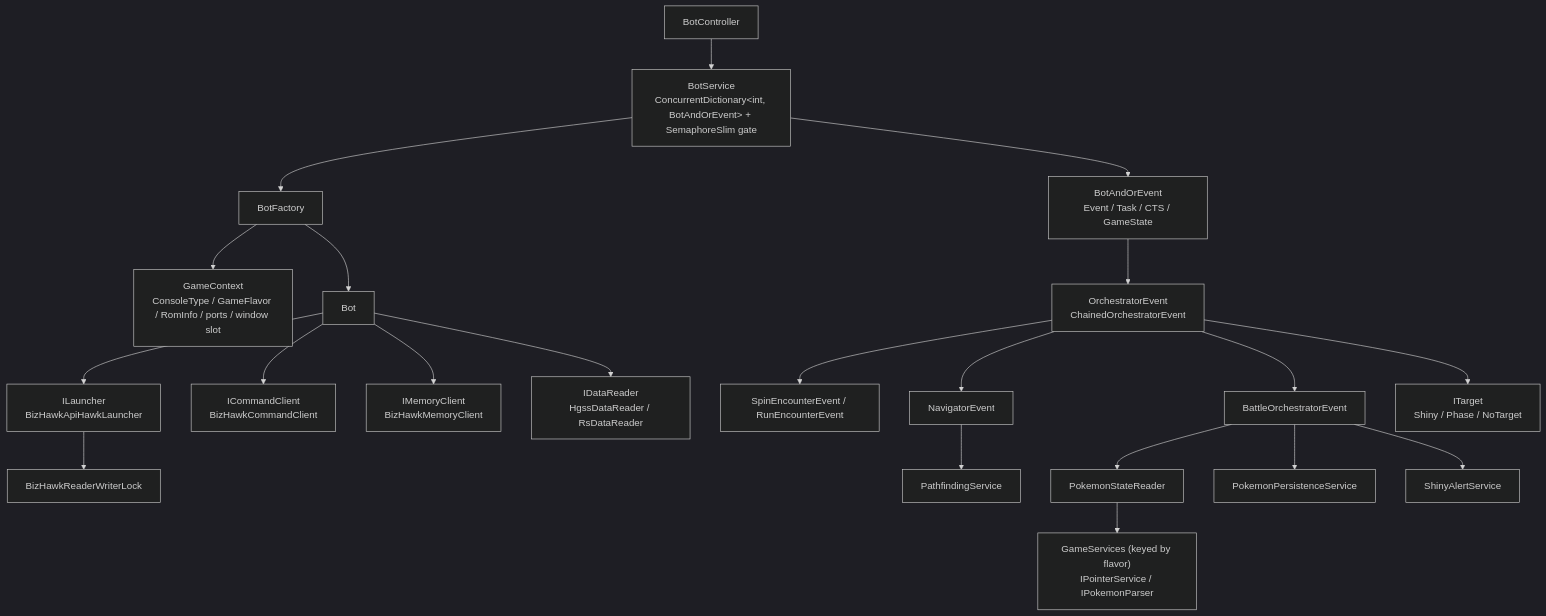
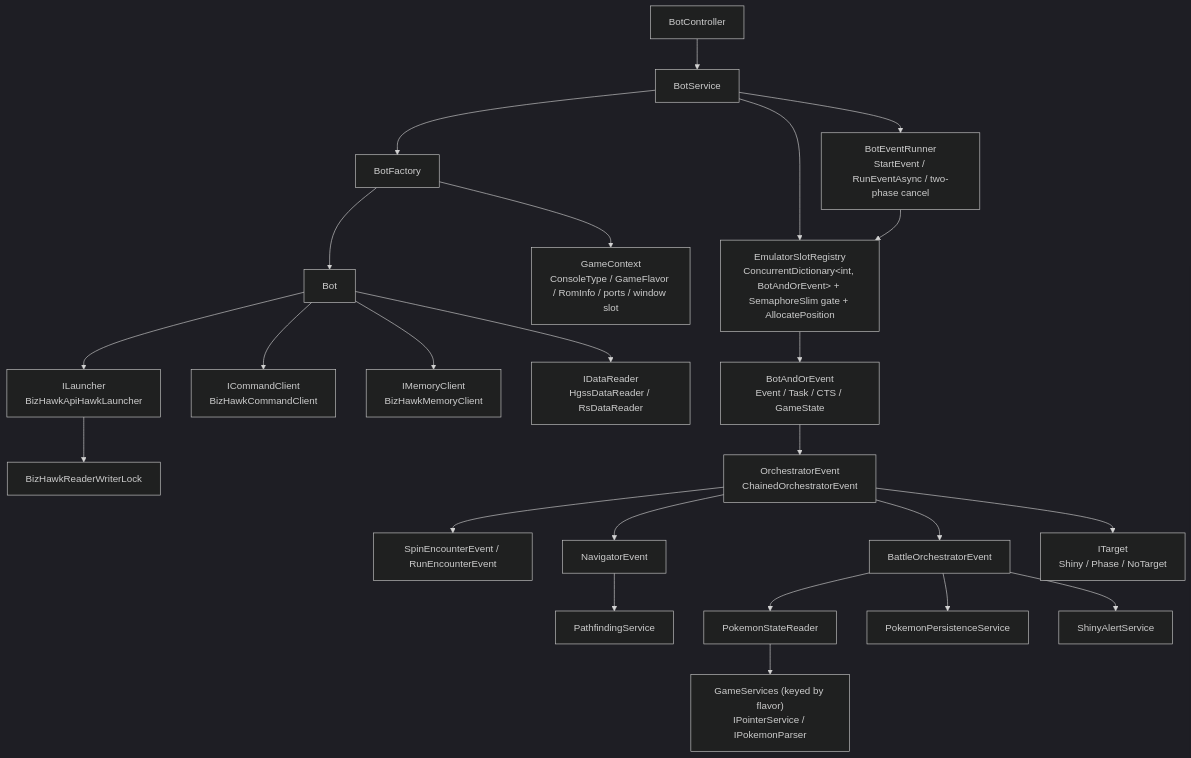
One commit to ppicinic/ShinyBotHunter changed the second of 2 diagrams in docs/architecture/system-overview.md. Above: the diagram before and after it, drawn with Mermaid (dark theme). The commit also changed other lines of this file, not shown here.

Commit message:
Step 4: Docs, section 7 of system-overview for the BotService split (#71)

````diff
--- a/docs/architecture/system-overview.md
+++ b/docs/architecture/system-overview.md
@@ -116,21 +116,24 @@
 ```mermaid
 flowchart TD
-  BC[BotController] --> BS["BotService<br/>ConcurrentDictionary&lt;int, BotAndOrEvent&gt; + SemaphoreSlim gate"]
+  BC[BotController] --> BS[BotService]
+  BS --> REG["EmulatorSlotRegistry<br/>ConcurrentDictionary&lt;int, BotAndOrEvent&gt; + SemaphoreSlim gate + AllocatePosition"]
+  BS --> RUN["BotEventRunner<br/>StartEvent / RunEventAsync / two-phase cancel"]
+  RUN --> REG
   BS --> BF[BotFactory]
   BF --> GC["GameContext<br/>ConsoleType / GameFlavor / RomInfo / ports / window slot"]
   BF --> Bot
   Bot --> L["ILauncher<br/>BizHawkApiHawkLauncher"]
   Bot --> CC["ICommandClient<br/>BizHawkCommandClient"]
   Bot --> MC["IMemoryClient<br/>BizHawkMemoryClient"]
   Bot --> DR["IDataReader<br/>HgssDataReader / RsDataReader"]
   L --> RWL[BizHawkReaderWriterLock]
-  BS --> BAE["BotAndOrEvent<br/>Event / Task / CTS / GameState"]
+  REG --> BAE["BotAndOrEvent<br/>Event / Task / CTS / GameState"]
   BAE --> OE["OrchestratorEvent<br/>ChainedOrchestratorEvent"]
   OE --> ENC["SpinEncounterEvent / RunEncounterEvent"]
   OE --> BOE[BattleOrchestratorEvent]
   OE --> NAV[NavigatorEvent] --> PF[PathfindingService]
   BOE --> PSR[PokemonStateReader] --> GS["GameServices (keyed by flavor)<br/>IPointerService / IPokemonParser"]
   BOE --> PP[PokemonPersistenceService]
   BOE --> SA[ShinyAlertService]
   OE --> T["ITarget<br/>Shiny / Phase / NoTarget"]
 ```
````
